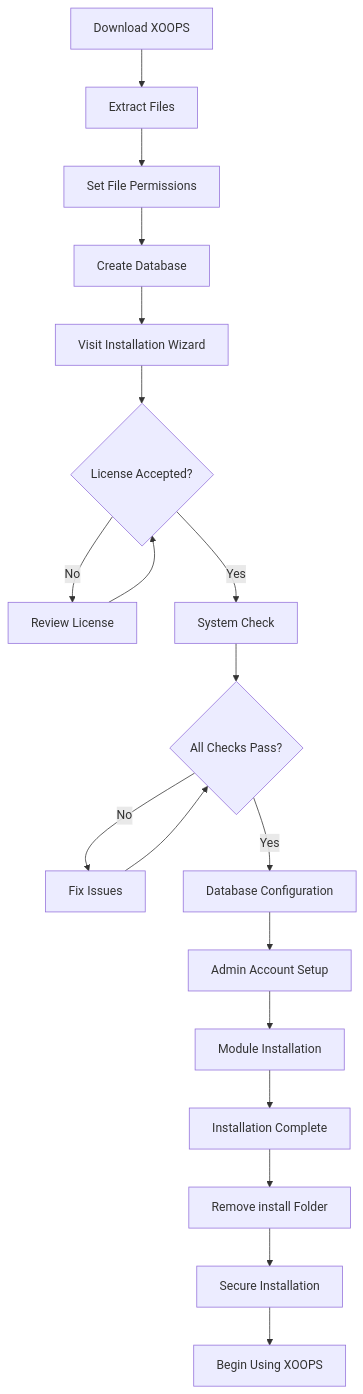
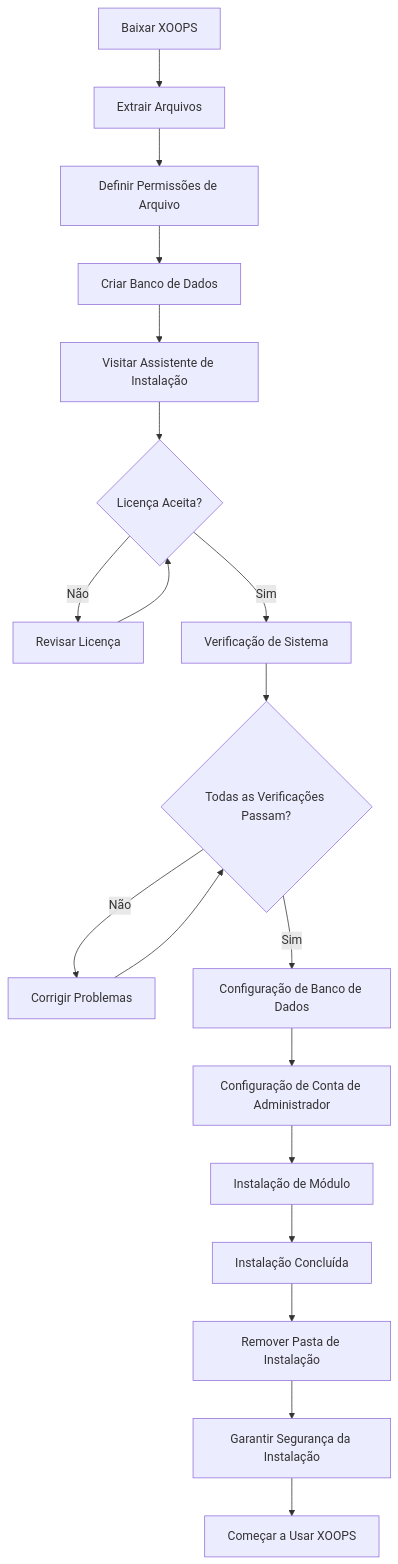
The diagram in apps/docs-27/src/content/docs/pt/installation/index.md (mambax7/xoops-docs), drawn with Mermaid before and after one commit. The commit also changed other lines of this file and 162 other files, not shown here.

````diff
--- a/apps/docs-27/src/content/docs/pt/installation/index.md
+++ b/apps/docs-27/src/content/docs/pt/installation/index.md
@@ -22,21 +22,21 @@
 ```mermaid
 flowchart TD
-    A[Download XOOPS] --> B[Extract Files]
-    B --> C[Set File Permissions]
-    C --> D[Create Database]
-    D --> E[Visit Installation Wizard]
-    E --> F{License Accepted?}
-    F -->|No| G[Review License]
+    A[Baixar XOOPS] --> B[Extrair Arquivos]
+    B --> C[Definir Permissões de Arquivo]
+    C --> D[Criar Banco de Dados]
+    D --> E[Visitar Assistente de Instalação]
+    E --> F{Licença Aceita?}
+    F -->|Não| G[Revisar Licença]
     G --> F
-    F -->|Yes| H[System Check]
-    H --> I{All Checks Pass?}
-    I -->|No| J[Fix Issues]
+    F -->|Sim| H[Verificação de Sistema]
+    H --> I{Todas as Verificações Passam?}
+    I -->|Não| J[Corrigir Problemas]
     J --> I
-    I -->|Yes| K[Database Configuration]
-    K --> L[Admin Account Setup]
-    L --> M[Module Installation]
-    M --> N[Installation Complete]
-    N --> O[Remove install Folder]
-    O --> P[Secure Installation]
-    P --> Q[Begin Using XOOPS]
+    I -->|Sim| K[Configuração de Banco de Dados]
+    K --> L[Configuração de Conta de Administrador]
+    L --> M[Instalação de Módulo]
+    M --> N[Instalação Concluída]
+    N --> O[Remover Pasta de Instalação]
+    O --> P[Garantir Segurança da Instalação]
+    P --> Q[Começar a Usar XOOPS]
 ```
````
